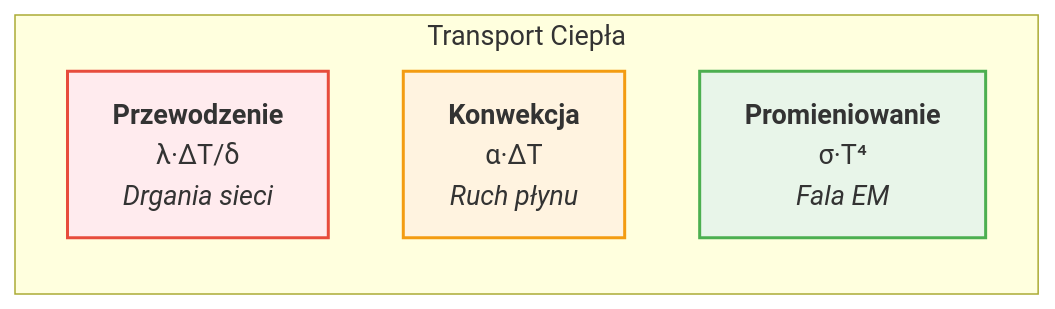
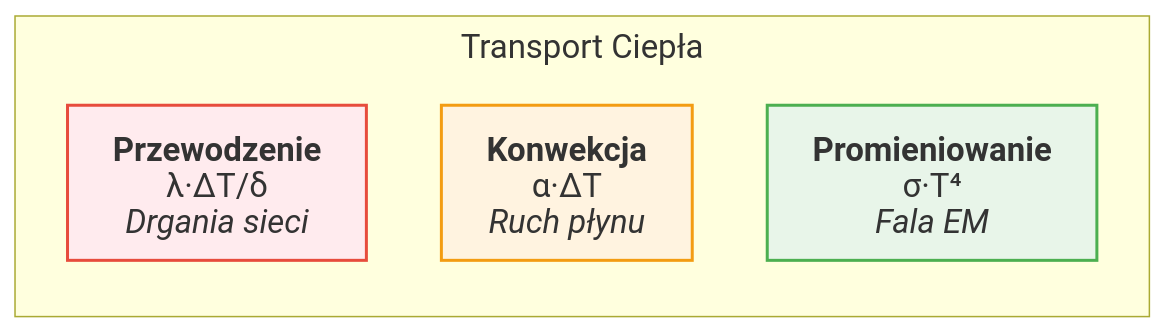
One commit to moondec/Termodynamika changed the first of 2 diagrams in Wyklady/14_Wymiana_Ciepla.qmd. Above: the diagram before and after it, drawn with Mermaid. The commit also changed other lines of this file and 84 other files, not shown here.

First line of the commit message:
Wykłady: diagramy mermaid bez ucinania i dopasowane do slajdów

````diff
--- a/Wyklady/14_Wymiana_Ciepla.qmd
+++ b/Wyklady/14_Wymiana_Ciepla.qmd
@@ -78,17 +78,21 @@
 ```{mermaid}
 %%| fig-align: center
-%%| fig-width: 10
-%%| fig-height: 1
 
-%%{init: {'theme': 'default', 'flowchart': { 'useMaxWidth': false, 'htmlLabels': true }, 'themeVariables': { 'fontSize': '18px', 'fontFamily': 'sans-serif' }}}%%
+%%{init: {'theme': 'default', 'flowchart': {'htmlLabels': false, 'wrappingWidth': 400, 'subGraphTitleMargin': {'top': 6, 'bottom': 16}}, 'themeVariables': {'fontSize': '22px', 'fontFamily': 'Arial, Helvetica, sans-serif'}, 'htmlLabels': false}}%%
 flowchart LR
     subgraph "Transport Ciepła"
-    A["<b>Przewodzenie</b><br>λ·ΔT/δ<br><em>Drgania sieci</em>"]
-    B["<b>Konwekcja</b><br>α·ΔT<br><em>Ruch płynu</em>"]
-    C["<b>Promieniowanie</b><br>σ·T⁴<br><em>Fala EM</em>"]
+    A["`**Przewodzenie**
+λ·ΔT/δ
+*Drgania sieci*`"]
+    B["`**Konwekcja**
+α·ΔT
+*Ruch płynu*`"]
+    C["`**Promieniowanie**
+σ·T⁴
+*Fala EM*`"]
     end
     
     style A fill:#ffebee,stroke:#e74c3c,stroke-width:2px
     style B fill:#fff3e0,stroke:#f39c12,stroke-width:2px
     style C fill:#e8f5e9,stroke:#4caf50,stroke-width:2px
 ```
````
